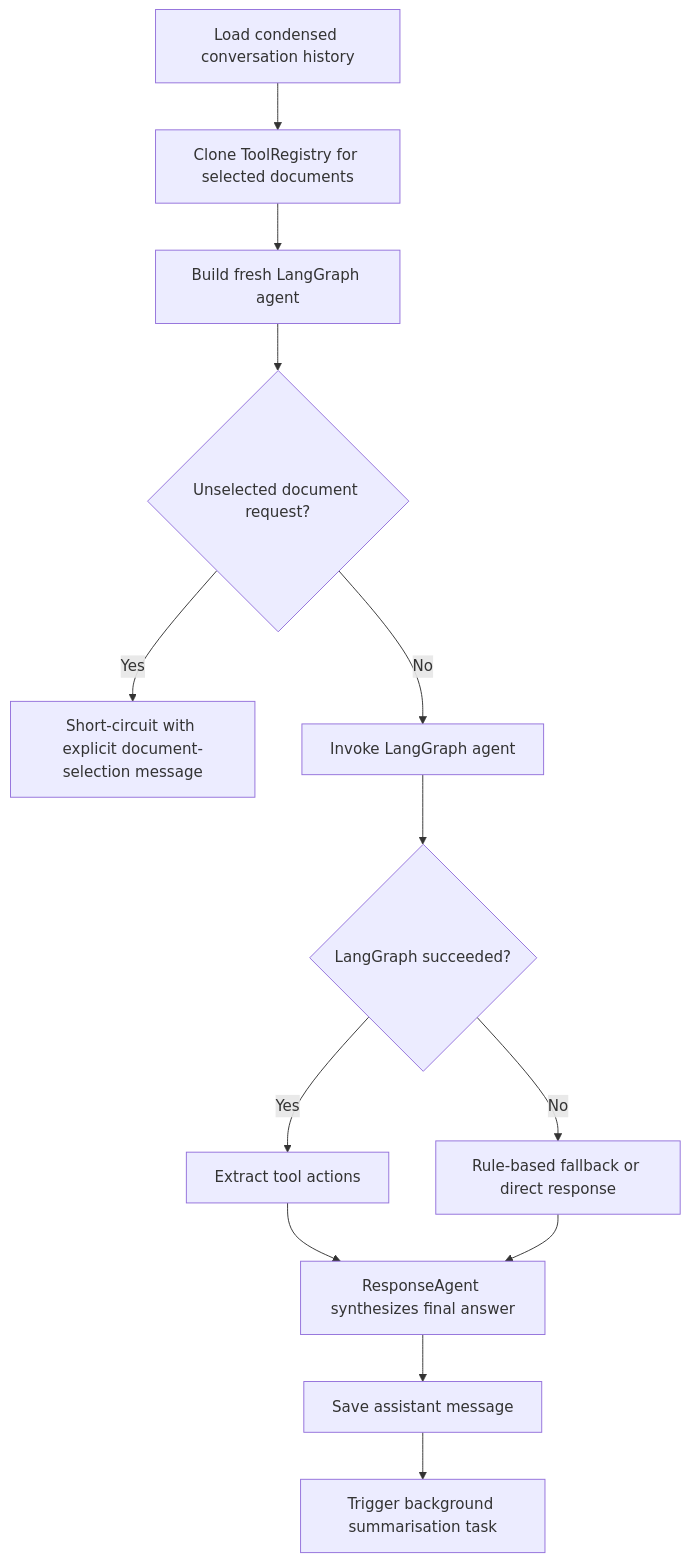
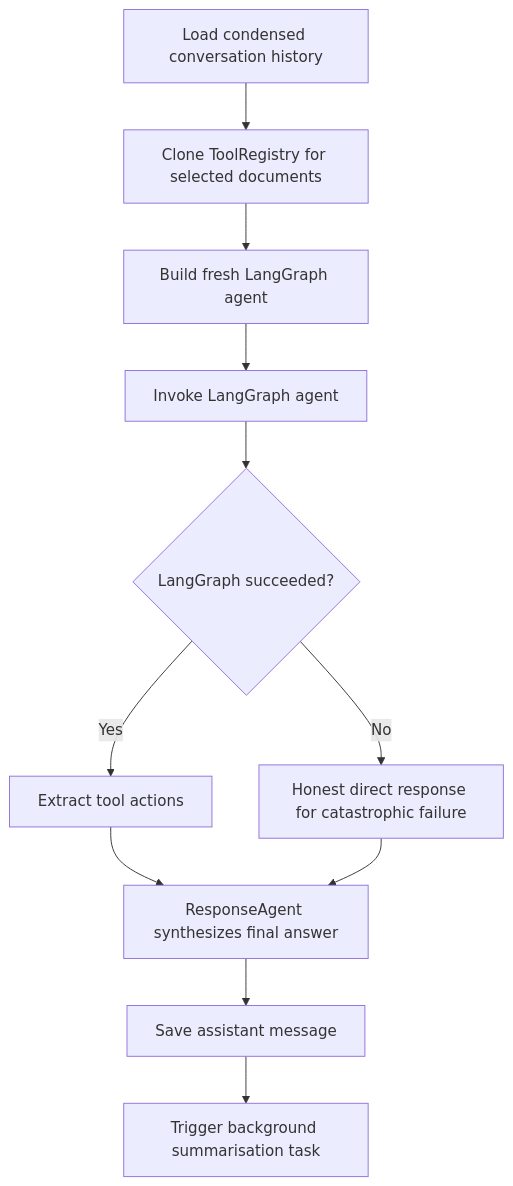
Before and after one commit to gtpooniwala/personal-agent: the second of 4 diagrams in docs/SYSTEM_FLOW.md, drawn with Mermaid. The commit also changed other lines of this file and 20 other files, not shown here.

First line of the commit message:
refactor(orchestrator): let LLM own normal tool selection (#124)

````diff
--- a/docs/SYSTEM_FLOW.md
+++ b/docs/SYSTEM_FLOW.md
@@ -27,15 +27,13 @@
 ```mermaid
 flowchart TB
     A["Load condensed conversation history"] --> B["Clone ToolRegistry for selected documents"]
     B --> C["Build fresh LangGraph agent"]
-    C --> D{"Unselected document request?"}
-    D -->|Yes| E["Short-circuit with explicit document-selection message"]
-    D -->|No| F["Invoke LangGraph agent"]
-    F --> G{"LangGraph succeeded?"}
-    G -->|Yes| H["Extract tool actions"]
-    G -->|No| I["Rule-based fallback or direct response"]
-    H --> J["ResponseAgent synthesizes final answer"]
-    I --> J
-    J --> K["Save assistant message"]
-    K --> L["Trigger background summarisation task"]
+    C --> D["Invoke LangGraph agent"]
+    D --> E{"LangGraph succeeded?"}
+    E -->|Yes| F["Extract tool actions"]
+    E -->|No| G["Honest direct response for catastrophic failure"]
+    F --> H["ResponseAgent synthesizes final answer"]
+    G --> H
+    H --> I["Save assistant message"]
+    I --> J["Trigger background summarisation task"]
 ```
````
